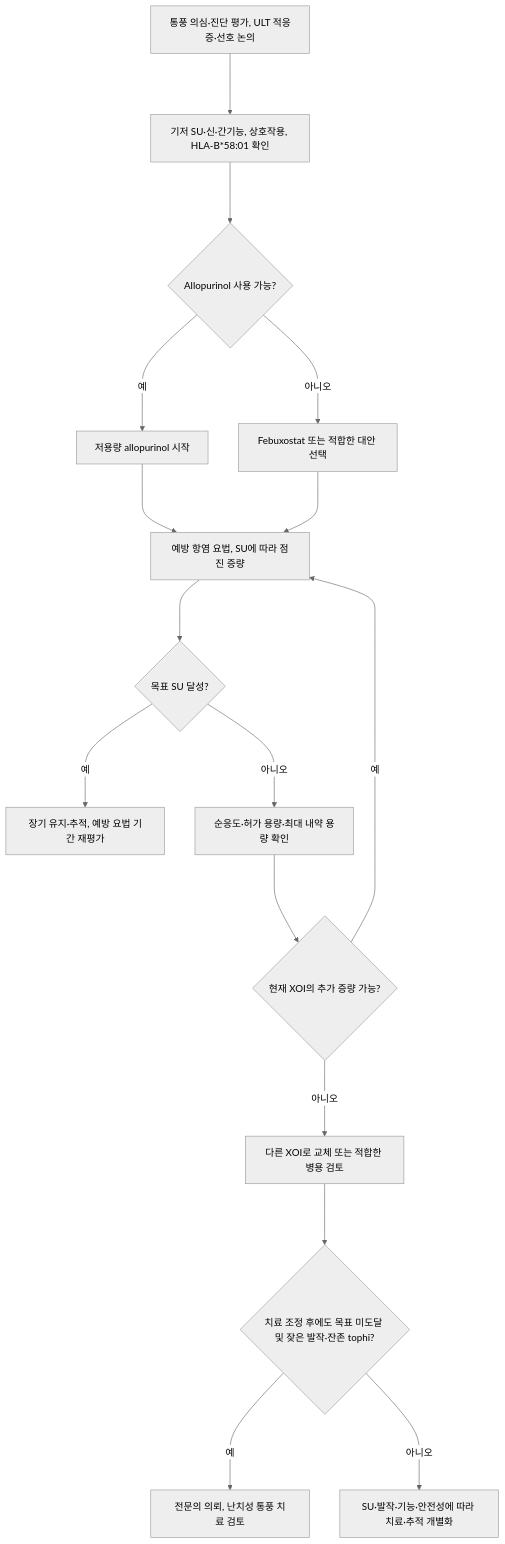
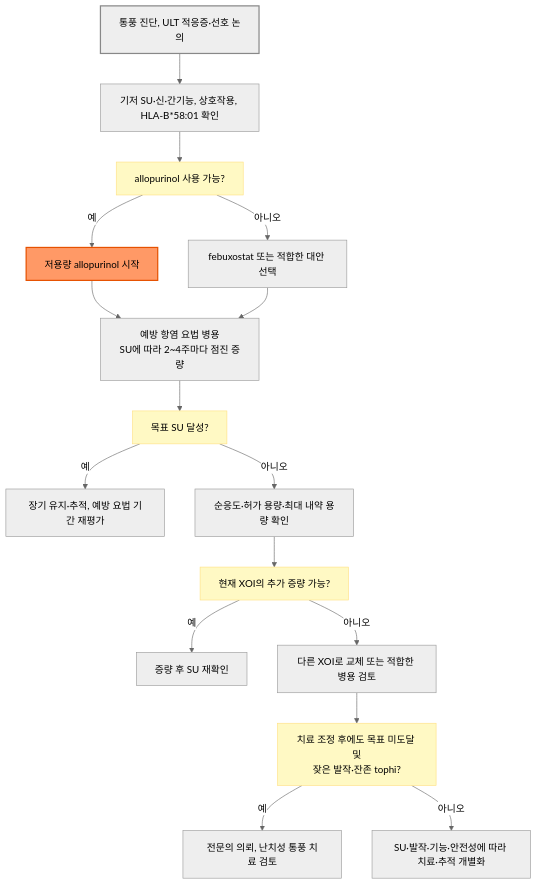
The second of 2 diagrams in 228_/152_-gout.md (familyoh77/familyoh77), drawn with Mermaid (neutral theme) before and after one commit. The commit also changed other lines of this file and 10 other files, not shown here.

````diff
--- a/228_/152_-gout.md
+++ b/228_/152_-gout.md
@@ -274,18 +279,23 @@
 ```mermaid
-graph TD
-    A2["통풍 의심·진단 평가, ULT 적응증·선호 논의"] ---> B2["기저 SU·신·간기능, 상호작용, HLA-B*58:01 확인"]
-    B2 ---> C2{"Allopurinol 사용 가능?"}
-    C2 --->|예| D2["저용량 allopurinol 시작"]
-    C2 --->|아니오| E2["Febuxostat 또는 적합한 대안 선택"]
-    D2 ---> F2["예방 항염 요법, SU에 따라 점진 증량"]
-    E2 ---> F2
-    F2 ---> G2{"목표 SU 달성?"}
-    G2 --->|예| H2["장기 유지·추적, 예방 요법 기간 재평가"]
-    G2 --->|아니오| I2["순응도·허가 용량·최대 내약 용량 확인"]
-    I2 ---> Q2{"현재 XOI의 추가 증량 가능?"}
-    Q2 --->|예| F2
-    Q2 --->|아니오| J2["다른 XOI로 교체 또는 적합한 병용 검토"]
-    J2 ---> K2{"치료 조정 후에도 목표 미도달 및 잦은 발작·잔존 tophi?"}
-    K2 --->|예| L2["전문의 의뢰, 난치성 통풍 치료 검토"]
-    K2 --->|아니오| M2["SU·발작·기능·안전성에 따라 치료·추적 개별화"]
+flowchart TD
+    A2["통풍 진단, ULT 적응증·선호 논의"] --> B2["기저 SU·신·간기능, 상호작용, HLA-B*58:01 확인"]
+    B2 --> C2["allopurinol 사용 가능?"]
+    C2 -- "예" --> D2["저용량 allopurinol 시작"]
+    C2 -- "아니오" --> E2["febuxostat 또는 적합한 대안 선택"]
+    D2 --> F2["예방 항염 요법 병용<br>SU에 따라 2~4주마다 점진 증량"]
+    E2 --> F2
+    F2 --> G2["목표 SU 달성?"]
+    G2 -- "예" --> H2["장기 유지·추적, 예방 요법 기간 재평가"]
+    G2 -- "아니오" --> I2["순응도·허가 용량·최대 내약 용량 확인"]
+    I2 --> Q2["현재 XOI의 추가 증량 가능?"]
+    Q2 -- "예" --> P2["증량 후 SU 재확인"]
+    Q2 -- "아니오" --> J2["다른 XOI로 교체 또는 적합한 병용 검토"]
+    J2 --> K2["치료 조정 후에도 목표 미도달 및<br>잦은 발작·잔존 tophi?"]
+    K2 -- "예" --> L2["전문의 의뢰, 난치성 통풍 치료 검토"]
+    K2 -- "아니오" --> M2["SU·발작·기능·안전성에 따라 치료·추적 개별화"]
+
+    classDef question fill:#fff9c4,stroke:#ffe082
+    class C2,G2,Q2,K2 question
+    style A2 fill:#eeeeee,stroke:#888888,stroke-width:2px
+    style D2 fill:#f96,stroke:#e65100,stroke-width:2px
 ```
````
